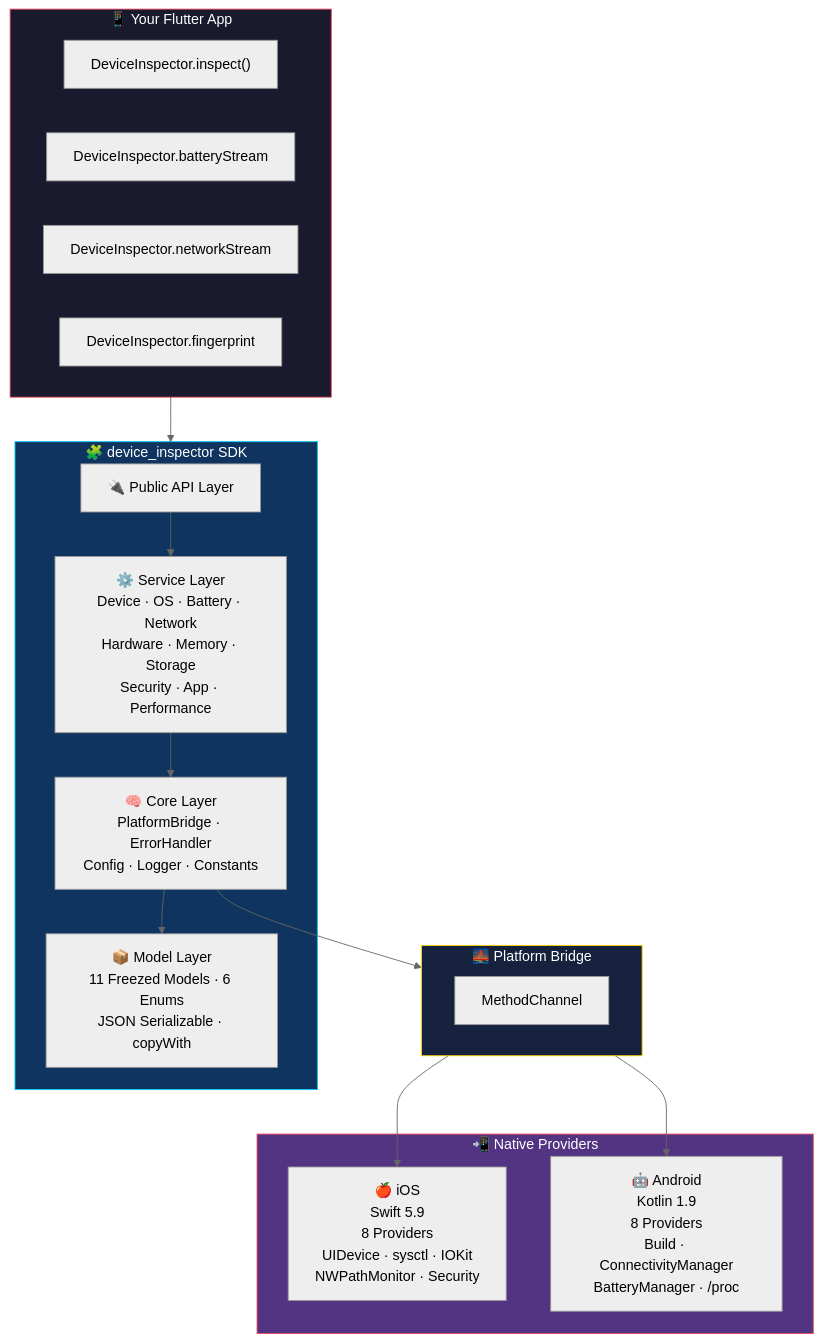
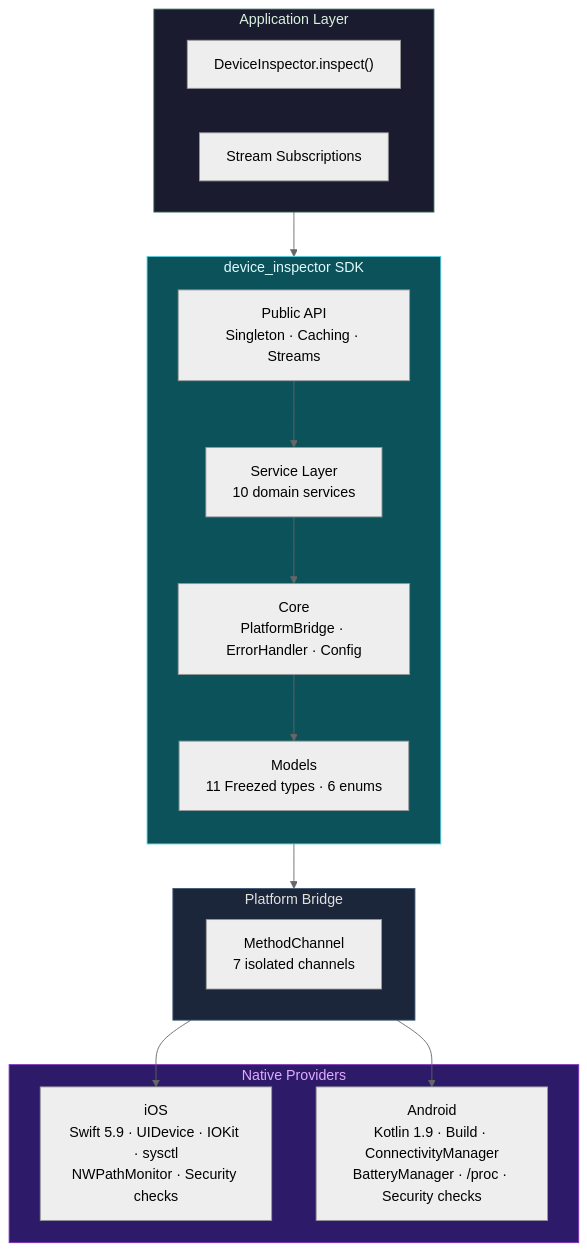
Before and after one commit to ykarateke/device_inspector: the diagram in README.md, drawn with Mermaid (neutral theme). The commit also changed other lines of this file, not shown here.

````diff
--- a/README.md
+++ b/README.md
@@ -80,36 +45,36 @@
 ```mermaid
 graph TB
-    subgraph APP["📱 Your Flutter App"]
+    subgraph APP["Application Layer"]
         DI["DeviceInspector.inspect()"]
-        BAT["DeviceInspector.batteryStream"]
-        NET["DeviceInspector.networkStream"]
-        FP["DeviceInspector.fingerprint"]
+        STREAM["Stream Subscriptions"]
     end
 
-    subgraph SDK["🧩 device_inspector SDK"]
-        API["🔌 Public API Layer"]
-        SRV["⚙️ Service Layer<br/>Device · OS · Battery · Network<br/>Hardware · Memory · Storage<br/>Security · App · Performance"]
-        CORE["🧠 Core Layer<br/>PlatformBridge · ErrorHandler<br/>Config · Logger · Constants"]
-        MODEL["📦 Model Layer<br/>11 Freezed Models · 6 Enums<br/>JSON Serializable · copyWith"]
+    subgraph SDK["device_inspector SDK"]
+        direction TB
+        API["Public API<br/>Singleton · Caching · Streams"]
+        SRV["Service Layer<br/>10 domain services"]
+        CORE["Core<br/>PlatformBridge · ErrorHandler · Config"]
+        MODEL["Models<br/>11 Freezed types · 6 enums"]
     end
 
-    subgraph BRIDGE["🌉 Platform Bridge"]
-        MC["MethodChannel"]
+    subgraph BRIDGE["Platform Bridge"]
+        MC["MethodChannel<br/>7 isolated channels"]
     end
 
-    subgraph NATIVE["📲 Native Providers"]
-        IOS["🍎 iOS<br/>Swift 5.9<br/>8 Providers<br/>UIDevice · sysctl · IOKit<br/>NWPathMonitor · Security"]
-        AND["🤖 Android<br/>Kotlin 1.9<br/>8 Providers<br/>Build · ConnectivityManager<br/>BatteryManager · /proc"]
+    subgraph NATIVE["Native Providers"]
+        IOS["iOS<br/>Swift 5.9 · UIDevice · IOKit · sysctl<br/>NWPathMonitor · Security checks"]
+        AND["Android<br/>Kotlin 1.9 · Build · ConnectivityManager<br/>BatteryManager · /proc · Security checks"]
     end
 
     APP --> SDK
-    API --> SRV --> CORE --> MODEL
+    API --> SRV --> CORE
+    CORE --> MODEL
     CORE --> BRIDGE
     BRIDGE --> IOS
     BRIDGE --> AND
 
-    style APP fill:#1a1a2e,stroke:#e94560,color:#fff
-    style SDK fill:#0f3460,stroke:#00d2ff,color:#fff
-    style BRIDGE fill:#16213e,stroke:#ffd700,color:#fff
-    style NATIVE fill:#533483,stroke:#e94560,color:#fff
+    style APP fill:#1b1b2f,stroke:#2d6a4f,color:#d8f3dc
+    style SDK fill:#0b525b,stroke:#56cfe1,color:#e0fbfc
+    style BRIDGE fill:#1b263b,stroke:#415a77,color:#e0e1dd
+    style NATIVE fill:#2d1b69,stroke:#7b2cbf,color:#e0aaff
 ```
````
